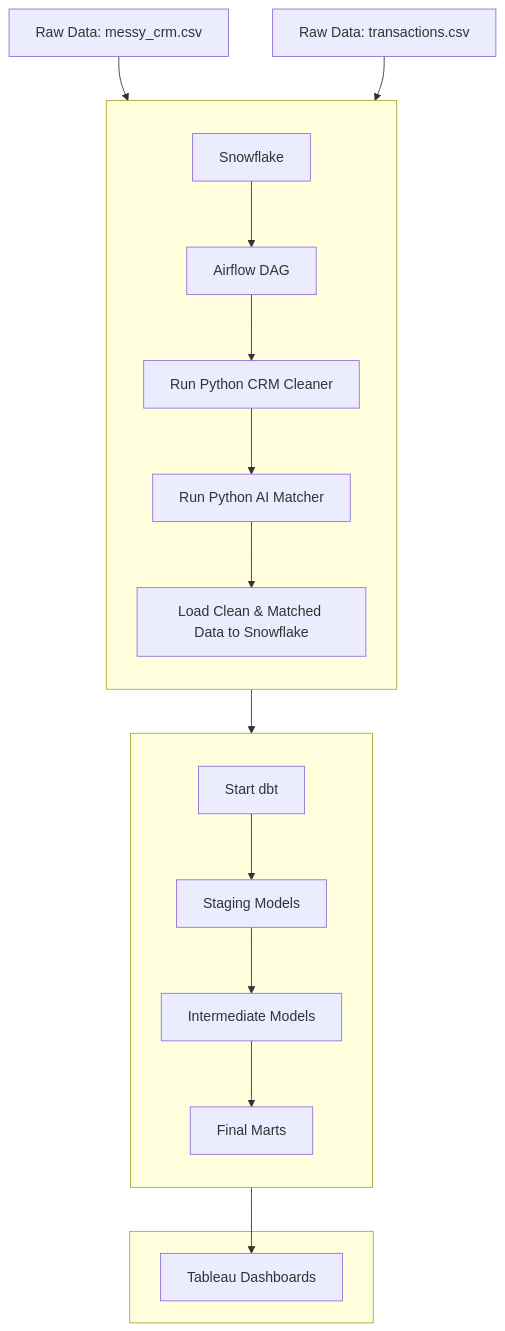
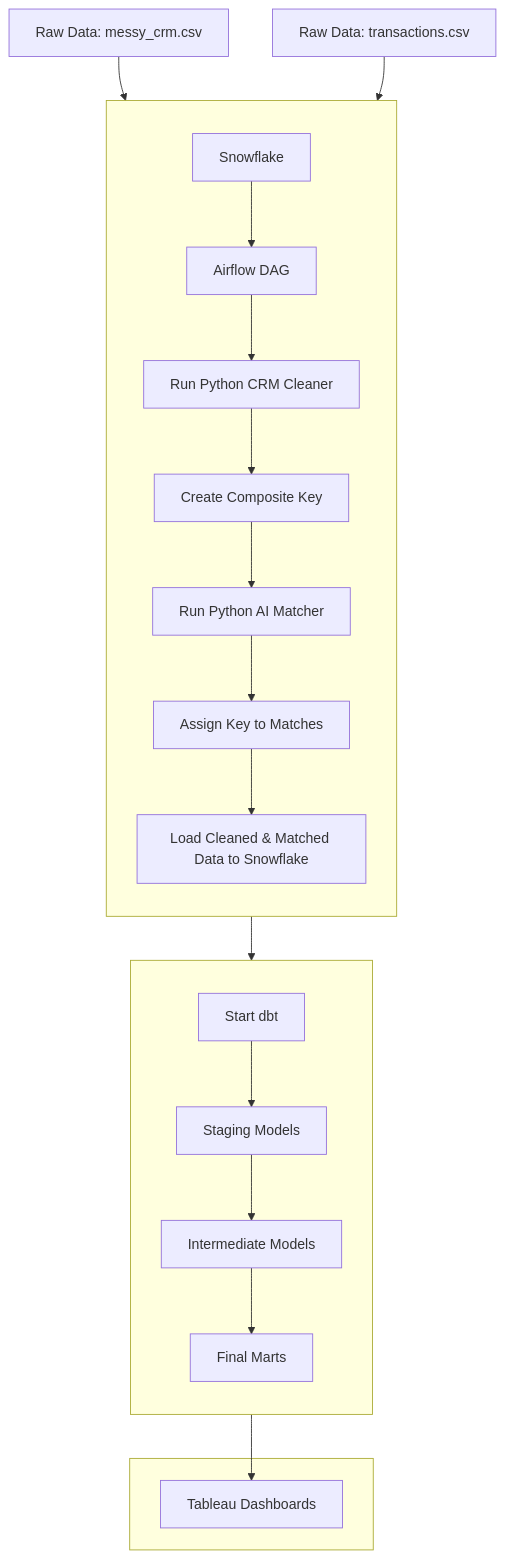
Before and after one commit to mmatlock91/bd-roi-data-pipeline: the diagram in README.md, drawn with Mermaid.

Commit message:
docs: refine project documentation

````diff
--- a/README.md
+++ b/README.md
@@ -67,42 +67,43 @@
 ```mermaid
 graph TD;
     %% 1. Data Sources
     A[Raw Data: messy_crm.csv]
     B[Raw Data: transactions.csv]
 
     %% 3. Orchestration
     subgraph orchestration[" "]
         direction TB
         SF[Snowflake]
         DAG[Airflow DAG]
         Clean[Run Python CRM Cleaner]
+        Key[Create Composite Key]
         Match[Run Python AI Matcher]
-        Load[Load Clean & Matched Data to Snowflake]
+        Assign[Assign Key to Matches]
+        Load[Load Cleaned & Matched Data to Snowflake]
 
-
-        SF --> DAG --> Clean --> Match --> Load 
+        SF --> DAG --> Clean --> Key --> Match --> Assign --> Load 
     end
 
     A --> SF
     B --> SF
 
     %% 4. Transformation
     subgraph transform[" "]
         direction TB
         DBT_START[Start dbt]
         Staging[Staging Models]
         Intermediate[Intermediate Models]
         Marts[Final Marts]
 
         DBT_START --> Staging --> Intermediate --> Marts
     end
 
     Load --> DBT_START
 
     %% 5. Visualization
     subgraph viz[" "]
         Dashboards[Tableau Dashboards]
     end
 
     Marts --> Dashboards
 ```
````
